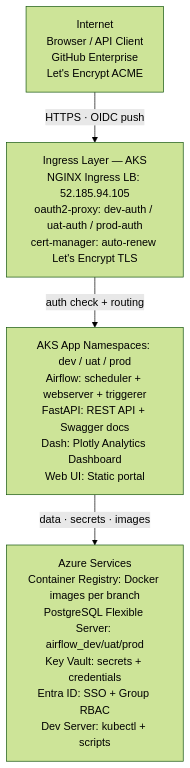
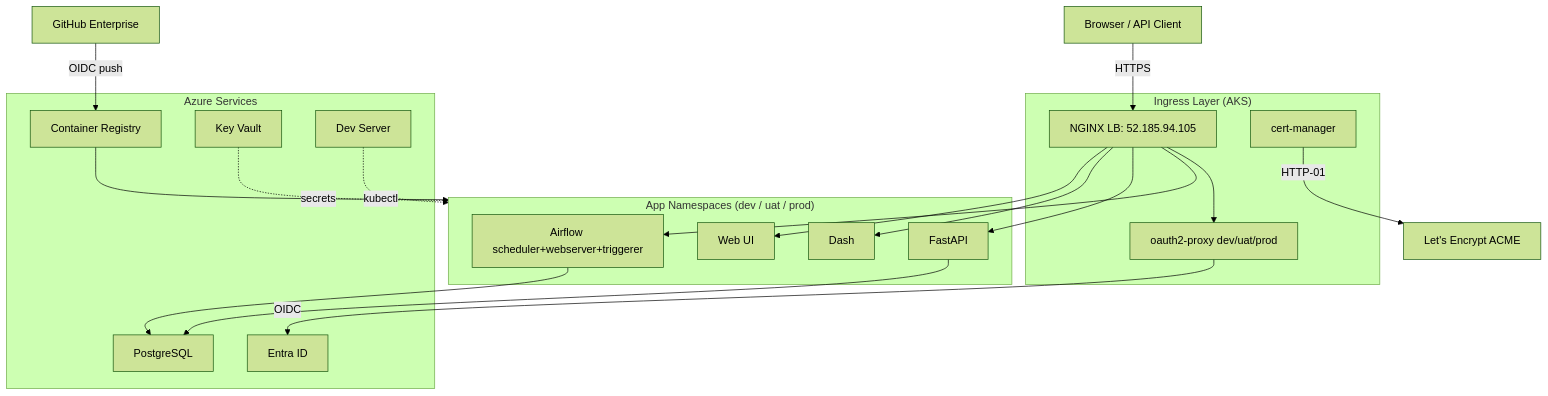
Before and after one commit to ColumbiaDataScienceCorporation/eq_tech: the first of 14 diagrams in docs/mono_slides.md, drawn with Mermaid (forest theme).

Commit message:
docs: revert slide 3 diagram to original detailed version (left-to-right layout)

````diff
--- a/docs/mono_slides.md
+++ b/docs/mono_slides.md
@@ -59,14 +59,37 @@
 ```mermaid
-flowchart TD
-    Internet["Internet\nBrowser / API Client\nGitHub Enterprise\nLet's Encrypt ACME"]
+graph TB
+    Browser[Browser / API Client]
+    GitHub[GitHub Enterprise]
+    LE[Let's Encrypt ACME]
 
-    Ingress["Ingress Layer — AKS\nNGINX Ingress LB: 52.185.94.105\noauth2-proxy: dev-auth / uat-auth / prod-auth\ncert-manager: auto-renew Let's Encrypt TLS"]
+    subgraph Ingress["Ingress Layer (AKS)"]
+        NGINX[NGINX LB: 52.185.94.105]
+        CM[cert-manager]
+        PROXY[oauth2-proxy dev/uat/prod]
+    end
 
-    Apps["AKS App Namespaces: dev / uat / prod\nAirflow: scheduler + webserver + triggerer\nFastAPI: REST API + Swagger docs\nDash: Plotly Analytics Dashboard\nWeb UI: Static portal"]
+    subgraph Namespaces["App Namespaces (dev / uat / prod)"]
+        AIRFLOW[Airflow scheduler+webserver+triggerer]
+        API[FastAPI]
+        DASH[Dash]
+        WEB[Web UI]
+    end
 
-    Azure["Azure Services\nContainer Registry: Docker images per branch\nPostgreSQL Flexible Server: airflow_dev/uat/prod\nKey Vault: secrets + credentials\nEntra ID: SSO + Group RBAC\nDev Server: kubectl + scripts"]
+    subgraph AzureServices["Azure Services"]
+        ACR[Container Registry]
+        PG[PostgreSQL]
+        KV[Key Vault]
+        ENTRA[Entra ID]
+        DEVVM[Dev Server]
+    end
 
-    Internet -->|"HTTPS · OIDC push"| Ingress
-    Ingress -->|"auth check + routing"| Apps
-    Apps -->|"data · secrets · images"| Azure
+    Browser -->|HTTPS| NGINX
+    NGINX --> PROXY -->|OIDC| ENTRA
+    NGINX --> AIRFLOW & API & DASH & WEB
+    CM -->|HTTP-01| LE
+    GitHub -->|OIDC push| ACR
+    ACR --> Namespaces
+    API & AIRFLOW --> PG
+    KV -.->|secrets| Namespaces
+    DEVVM -.->|kubectl| Namespaces
 ```
````
